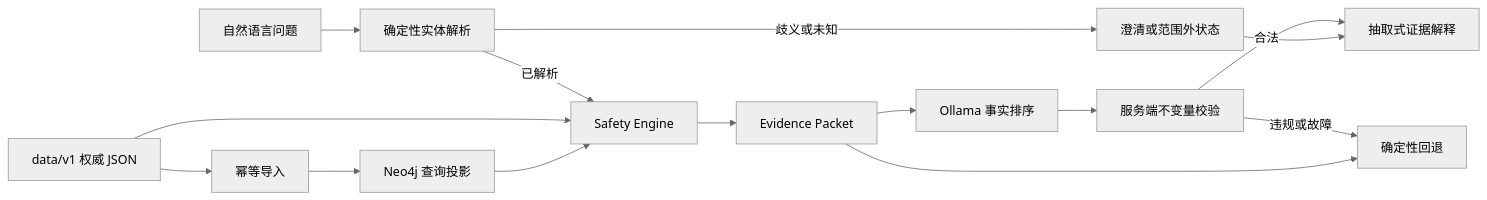
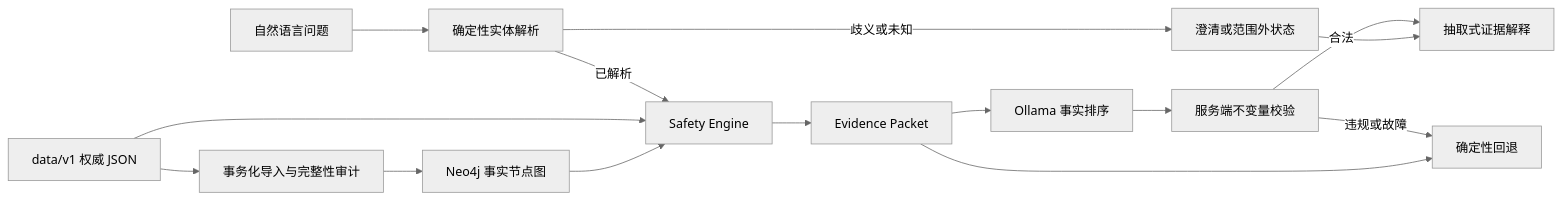
Before and after one commit to GFLabandon/MedSafetyAssistant: the diagram in README.md, drawn with Mermaid (neutral theme). The commit also changed other lines of this file and 3 other files, not shown here.

Commit message:
docs: record P2 graph model acceptance

````diff
--- a/README.md
+++ b/README.md
@@ -47,17 +48,17 @@
 ```mermaid
 flowchart LR
     A["自然语言问题"] --> R["确定性实体解析"]
     R -->|"已解析"| B["Safety Engine"]
     R -->|"歧义或未知"| Q["澄清或范围外状态"]
     J["data/v1 权威 JSON"] --> B
-    J --> C["幂等导入"]
-    C --> D["Neo4j 查询投影"]
+    J --> C["事务化导入与完整性审计"]
+    C --> D["Neo4j 事实节点图"]
     D --> B
     B --> E["Evidence Packet"]
     E --> F["Ollama 事实排序"]
     F --> G["服务端不变量校验"]
     G -->|"合法"| H["抽取式证据解释"]
     G -->|"违规或故障"| I["确定性回退"]
     E --> I
     Q --> H
 ```
````
